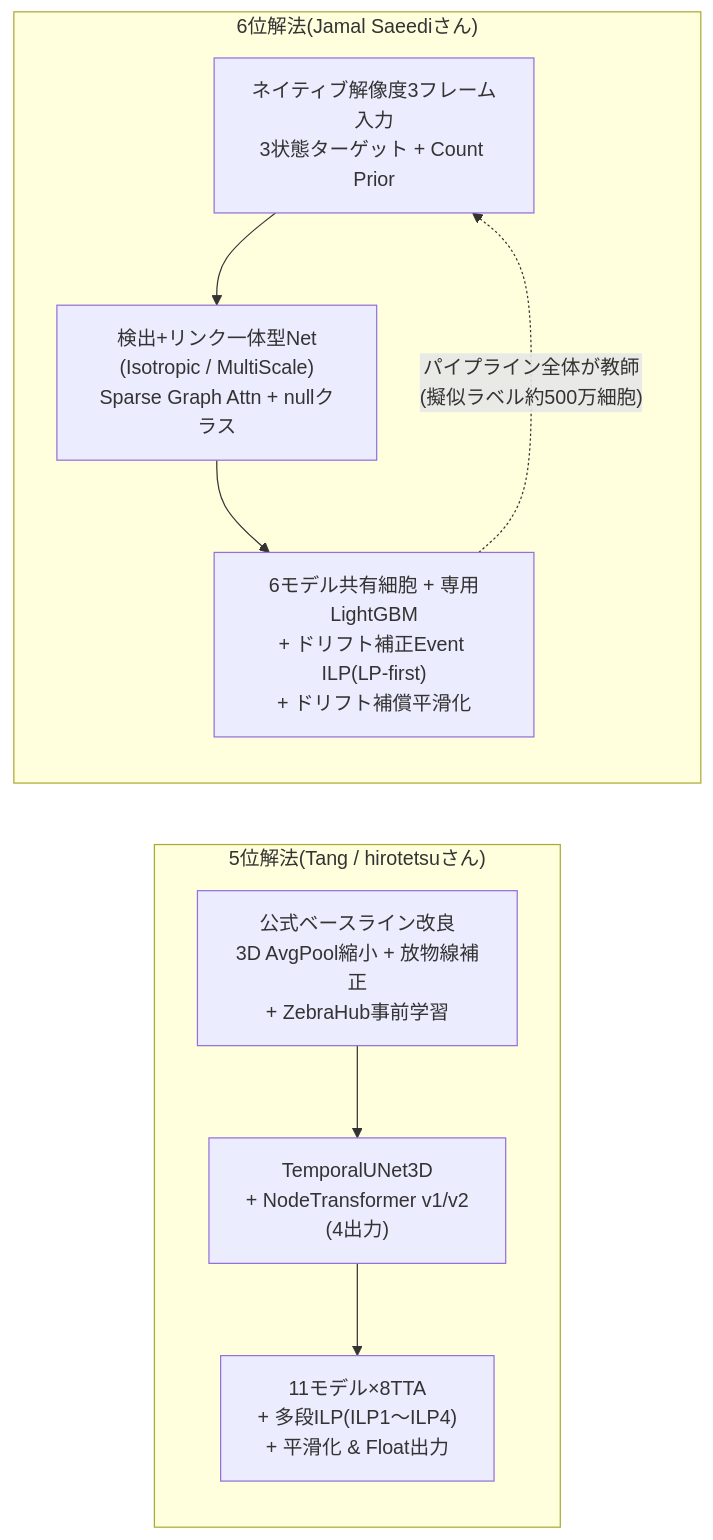
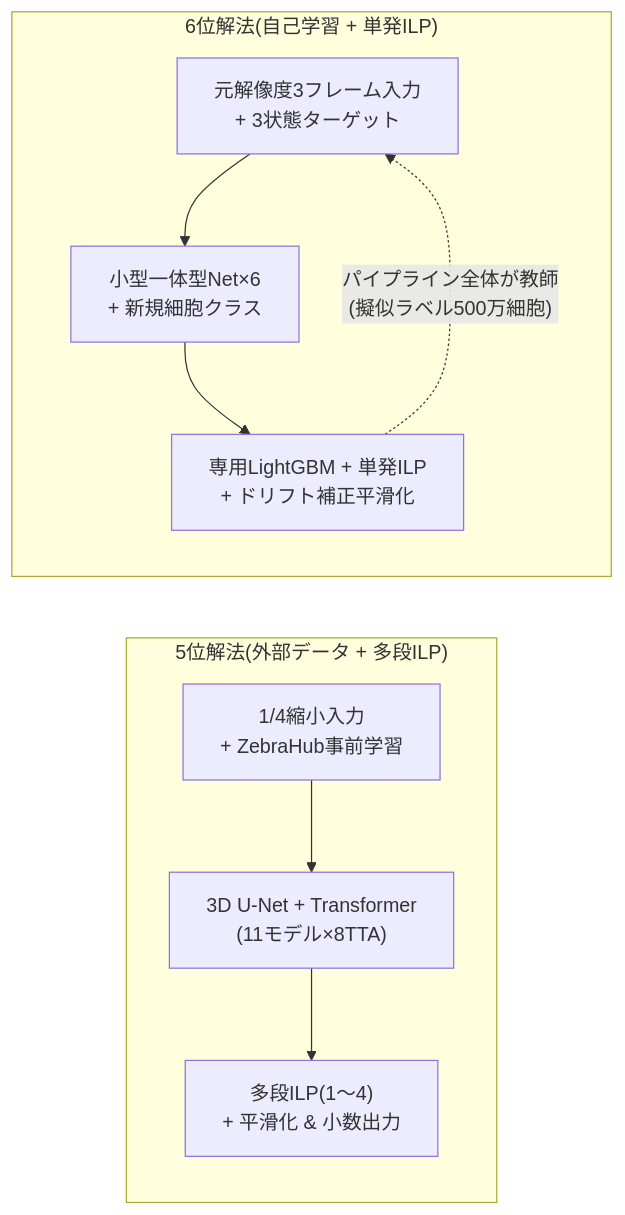
One commit to kito2718/kgle_001_BCT_Episode changed the first of 7 diagrams in episode/Summary&Conclusion/6th-place-summary.md. Above: the diagram before and after it, drawn with Mermaid. The commit also changed other lines of this file, not shown here.

````diff
--- a/episode/Summary&Conclusion/6th-place-summary.md
+++ b/episode/Summary&Conclusion/6th-place-summary.md
@@ -108,13 +61,11 @@
 ```mermaid
 flowchart LR
-    subgraph Fifth["5位解法(Tang / hirotetsuさん)"]
-        F1["公式ベースライン改良<br/>3D AvgPool縮小 + 放物線補正<br/>+ ZebraHub事前学習"] --> F2["TemporalUNet3D<br/>+ NodeTransformer v1/v2<br/>(4出力)"]
-        F2 --> F3["11モデル×8TTA<br/>+ 多段ILP(ILP1〜ILP4)<br/>+ 平滑化 & Float出力"]
+    subgraph Fifth["5位解法(外部データ + 多段ILP)"]
+        F1["1/4縮小入力<br/>+ ZebraHub事前学習"] --> F2["3D U-Net + Transformer<br/>(11モデル×8TTA)"] --> F3["多段ILP(1〜4)<br/>+ 平滑化 & 小数出力"]
     end
 
-    subgraph Sixth["6位解法(Jamal Saeediさん)"]
-        S1["ネイティブ解像度3フレーム入力<br/>3状態ターゲット + Count Prior"] --> S2["検出+リンク一体型Net<br/>(Isotropic / MultiScale)<br/>Sparse Graph Attn + nullクラス"]
-        S2 --> S3["6モデル共有細胞 + 専用LightGBM<br/>+ ドリフト補正Event ILP(LP-first)<br/>+ ドリフト補償平滑化"]
-        S3 -.->|"パイプライン全体が教師<br/>(擬似ラベル約500万細胞)"| S1
+    subgraph Sixth["6位解法(自己学習 + 単発ILP)"]
+        S1["元解像度3フレーム入力<br/>+ 3状態ターゲット"] --> S2["小型一体型Net×6<br/>+ 新規細胞クラス"] --> S3["専用LightGBM + 単発ILP<br/>+ ドリフト補正平滑化"]
+        S3 -.->|"パイプライン全体が教師<br/>(擬似ラベル500万細胞)"| S1
     end
 ```
````
